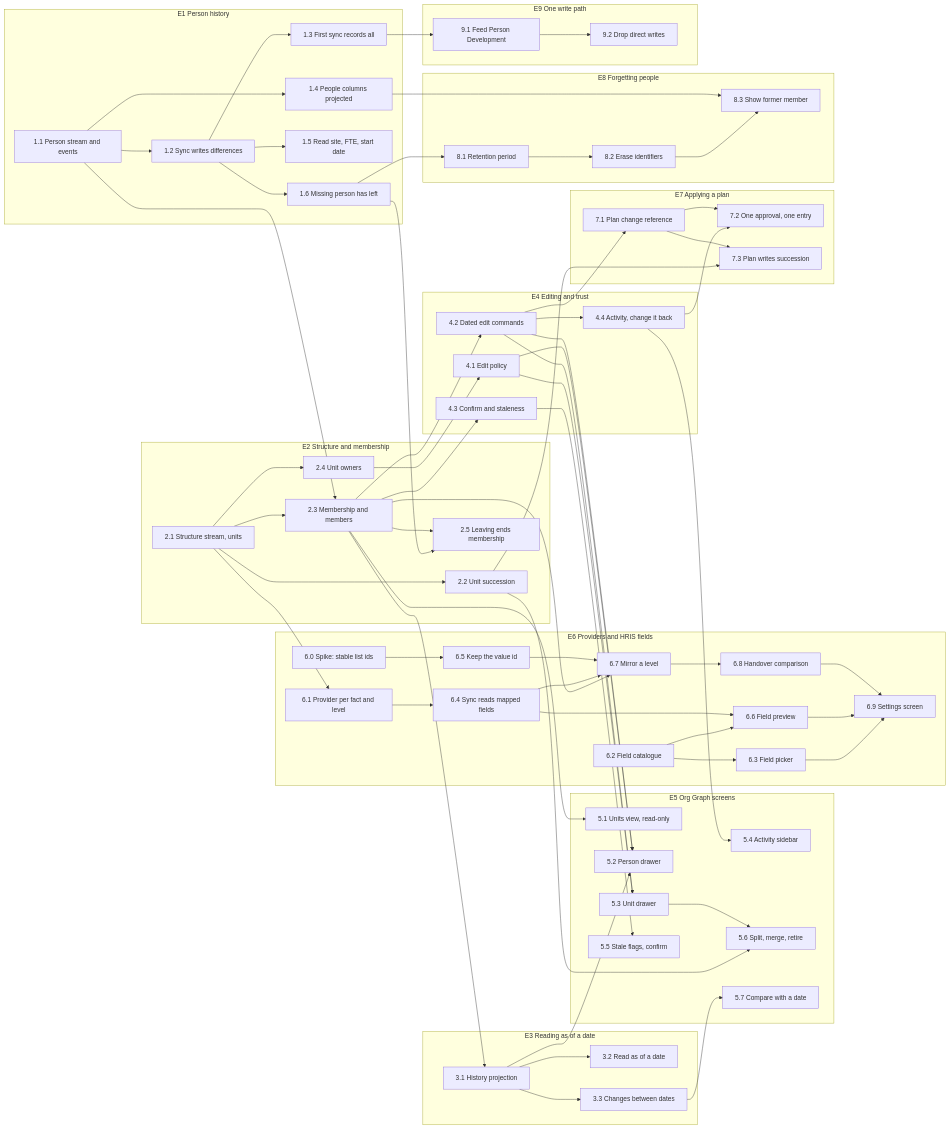
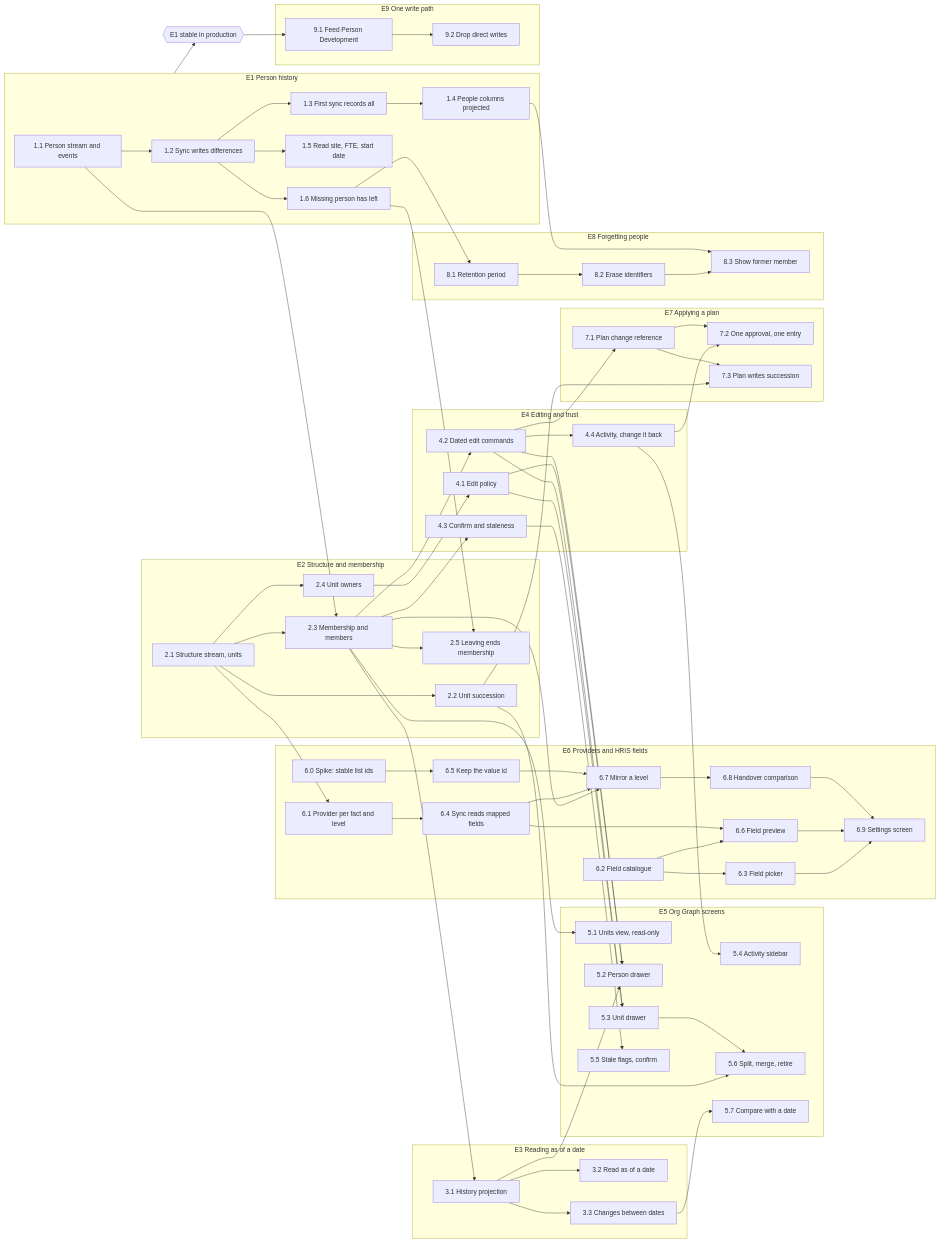
Before and after one commit to espaliahq/espalia: the diagram in docs/team-planning/org-graph-plan.md, drawn with Mermaid. The commit also changed other lines of this file, not shown here.

Commit message:
docs: order the people projection after the first sync, gate E9 on E1 in production, and hold handovers until the comparison ships

````diff
--- a/docs/team-planning/org-graph-plan.md
+++ b/docs/team-planning/org-graph-plan.md
@@ -99,8 +100,9 @@
     s92[9.2 Drop direct writes]
   end
 
-  s11 --> s12 & s14 & s23
+  s11 --> s12 & s23
   s12 --> s13 & s15 & s16
+  s13 --> s14
   s21 --> s22 & s23 & s24 & s61
   s16 --> s25 & s81
   s23 --> s25 & s31 & s42 & s43 & s51 & s67
@@ -123,6 +125,6 @@
   s71 --> s72 & s73
   s81 --> s82
   s82 & s14 --> s83
-  s13 --> s91
+  E1 --> gate{{E1 stable in production}} --> s91
   s91 --> s92
 ```
````
